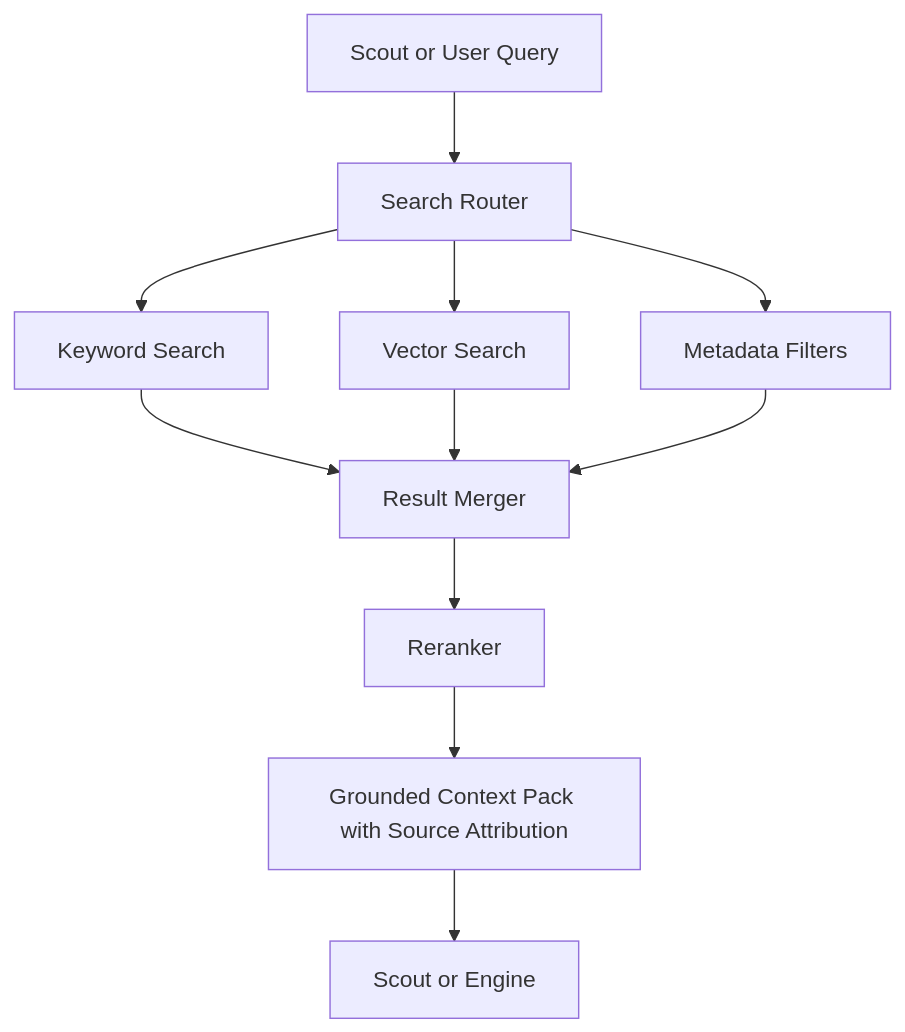
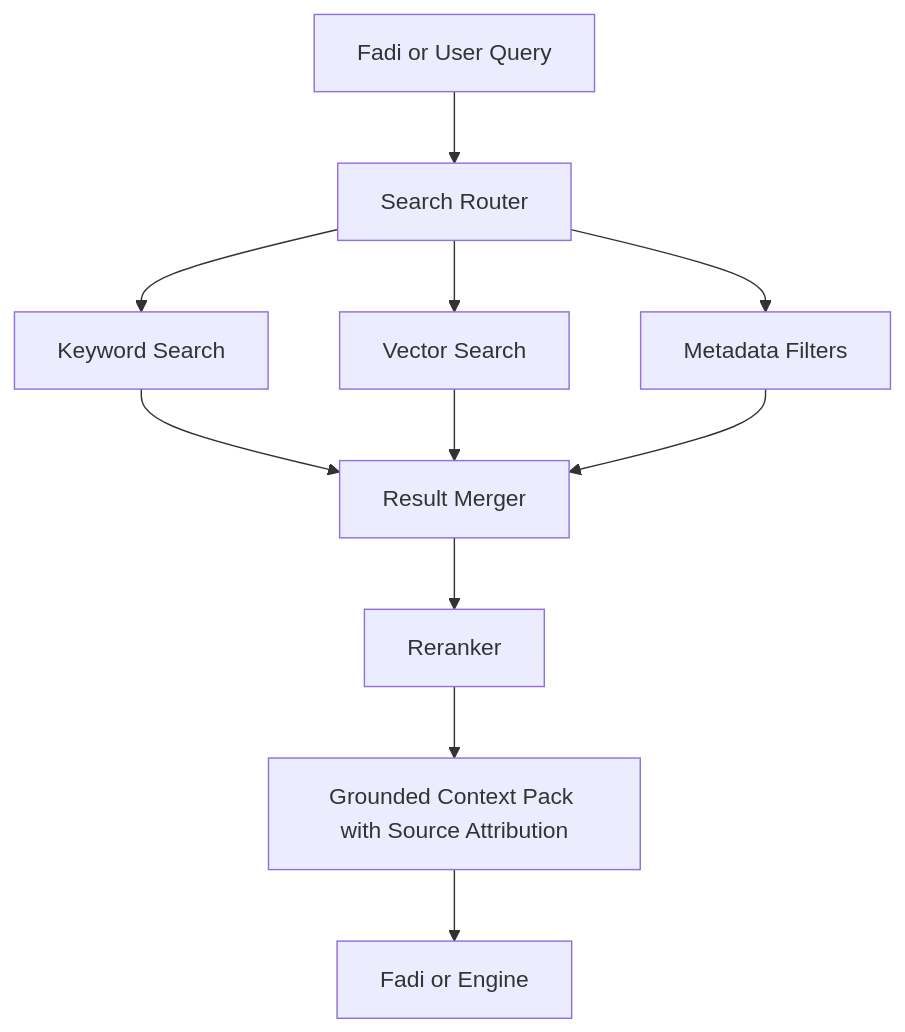
The diagram in docs/RAG_AND_SEARCH_ARCHITECTURE.md (Mirzzie/Fadi), drawn with Mermaid before and after one commit. The commit also changed other lines of this file and 158 other files, not shown here.

First line of the commit message:
refactor!: rename agent Scout→Fadi and brand CareerOS→FadiOS

````diff
--- a/docs/RAG_AND_SEARCH_ARCHITECTURE.md
+++ b/docs/RAG_AND_SEARCH_ARCHITECTURE.md
@@ -25,13 +25,13 @@
 ```mermaid
 flowchart TD
-    Query[Scout or User Query] --> Router[Search Router]
+    Query[Fadi or User Query] --> Router[Search Router]
     Router --> Keyword[Keyword Search]
     Router --> Vector[Vector Search]
     Router --> Filters[Metadata Filters]
     Keyword --> Merge[Result Merger]
     Vector --> Merge
     Filters --> Merge
     Merge --> Rerank[Reranker]
     Rerank --> Context[Grounded Context Pack with Source Attribution]
-    Context --> Agent[Scout or Engine]
+    Context --> Agent[Fadi or Engine]
 ```
````
